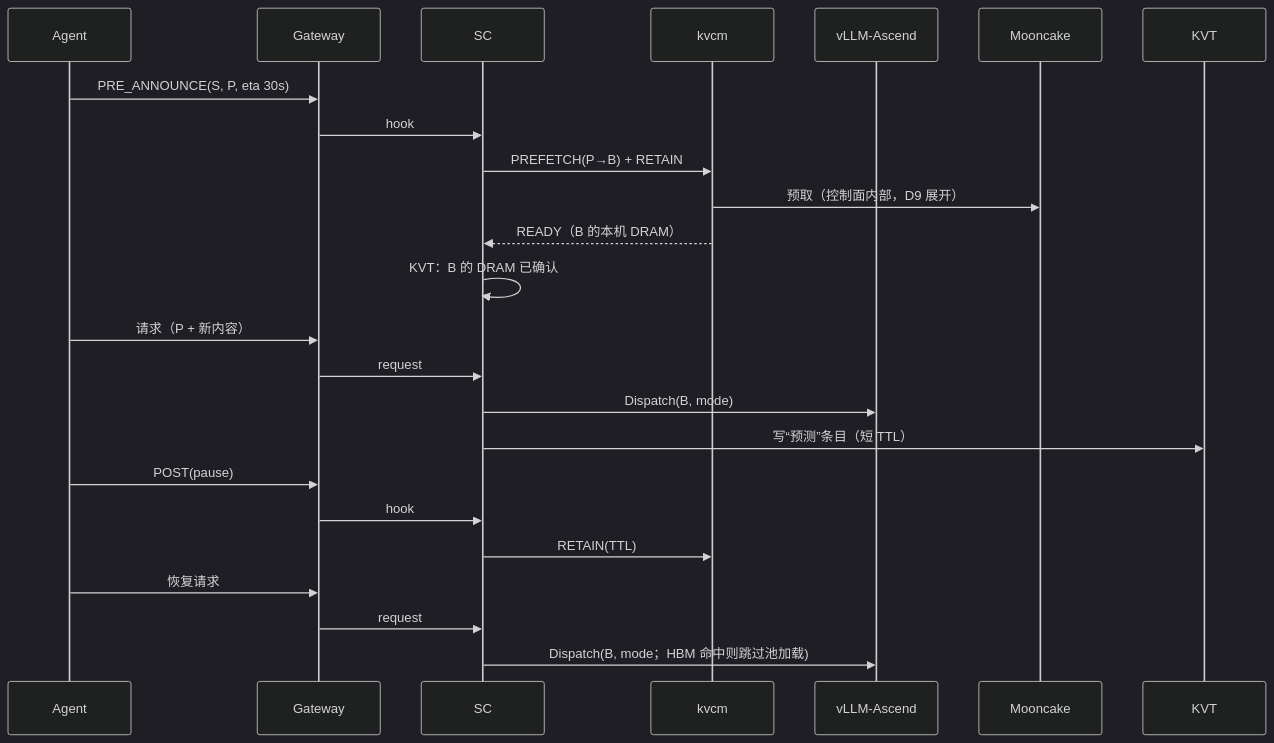
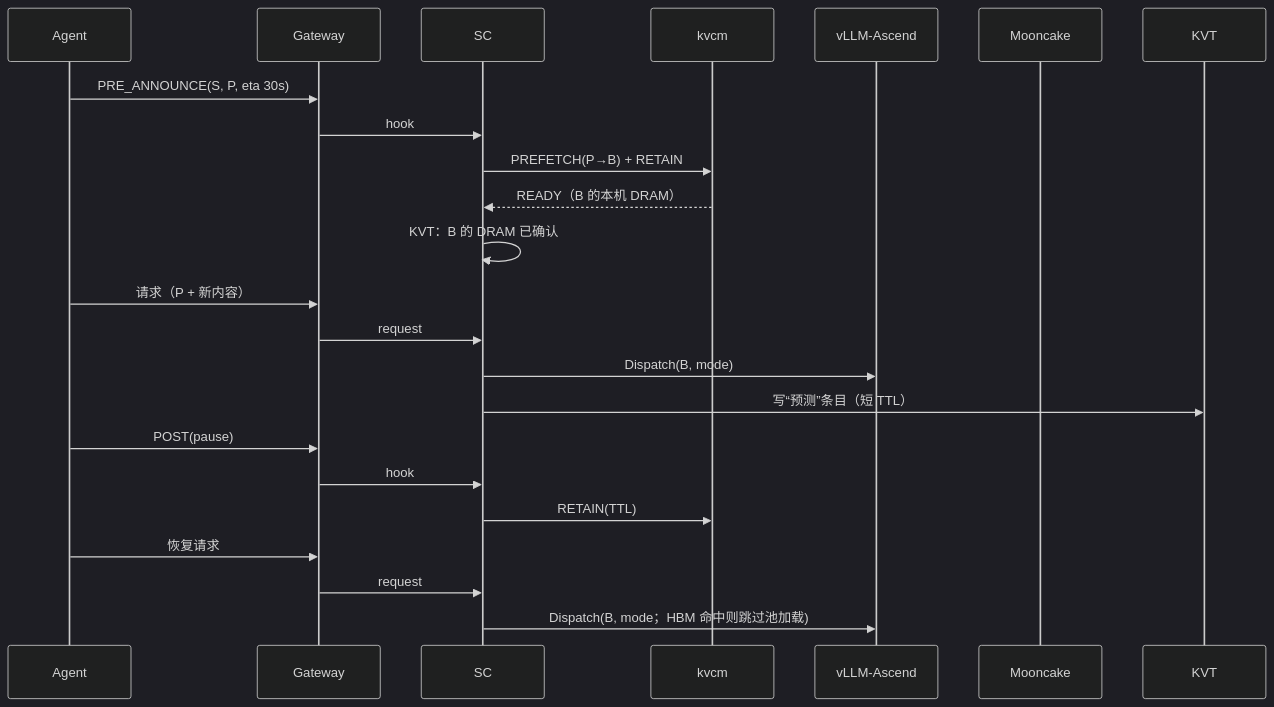
The ninth of 9 diagrams in kvcm/design/D8b-scheduling-sequences.md (5x8-40/lake), drawn with Mermaid (dark theme) before and after one commit. The commit also changed 5 other files, not shown here.

````diff
--- a/kvcm/design/D8b-scheduling-sequences.md
+++ b/kvcm/design/D8b-scheduling-sequences.md
@@ -242,29 +242,28 @@
 ```mermaid
 sequenceDiagram
     participant A as Agent
     participant G as Gateway
     participant R as SC
     participant K as kvcm
     participant W as vLLM-Ascend
     participant M as Mooncake
 
     A->>G: PRE_ANNOUNCE(S, P, eta 30s)
     G->>R: hook
     R->>K: PREFETCH(P→B) + RETAIN
-    K->>M: 预取（控制面内部，D9 展开）
     K-->>R: READY（B 的本机 DRAM）
     R->>R: KVT：B 的 DRAM 已确认
 
     A->>G: 请求（P + 新内容）
     G->>R: request
     R->>W: Dispatch(B, mode)
     R->>KVT: 写“预测”条目（短 TTL）
 
     A->>G: POST(pause)
     G->>R: hook
     R->>K: RETAIN(TTL)
 
     A->>G: 恢复请求
     G->>R: request
     R->>W: Dispatch(B, mode；HBM 命中则跳过池加载)
 ```
````
